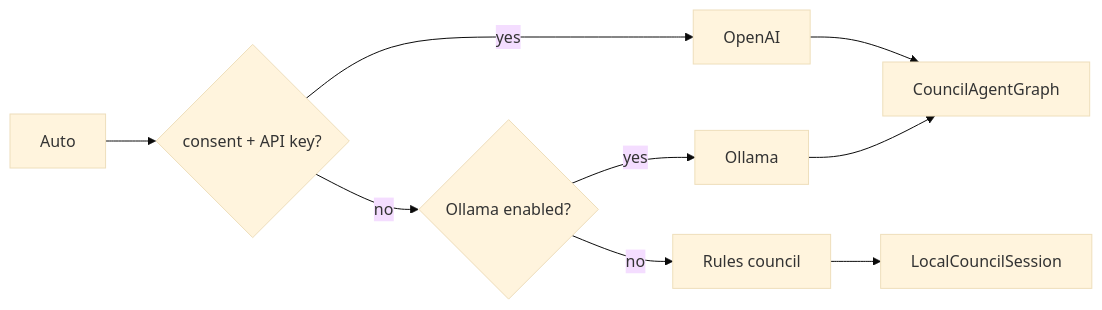
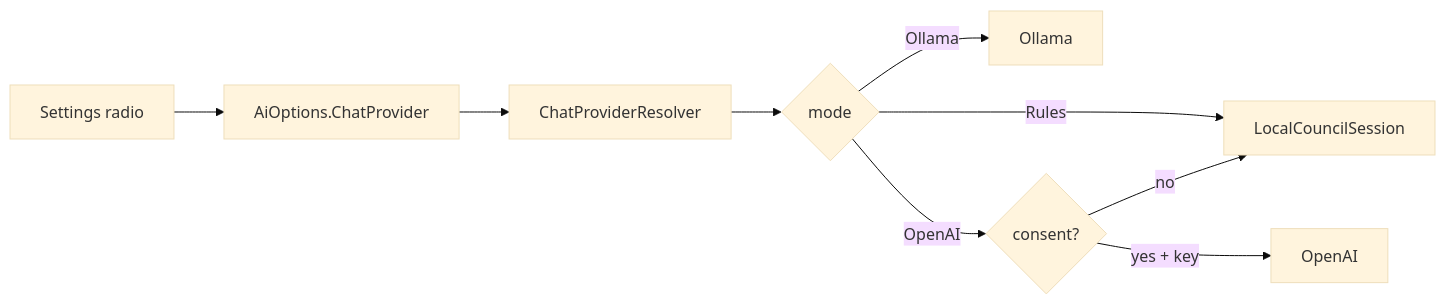
The second of 3 diagrams in docs/AI_ARCHITECTURE.md (Drakonchik1/PatchGuard), drawn with Mermaid (base theme) before and after one commit. The commit also changed other lines of this file and 38 other files, not shown here.

````diff
--- a/docs/AI_ARCHITECTURE.md
+++ b/docs/AI_ARCHITECTURE.md
@@ -73,11 +78,11 @@
 ```mermaid
 flowchart LR
-    AUTO[Auto] --> C{consent + API key?}
-    C -->|yes| OAI[OpenAI]
-    C -->|no| O{Ollama enabled?}
-    O -->|yes| OLL[Ollama]
-    O -->|no| RULES[Rules council]
-    RULES --> LC[LocalCouncilSession]
-    OLL --> GRAPH[CouncilAgentGraph]
-    OAI --> GRAPH
+    SETTINGS[Settings radio] --> OPT[AiOptions.ChatProvider]
+    OPT --> RES[ChatProviderResolver]
+    RES --> C{mode}
+    C -->|Rules| RULES[LocalCouncilSession]
+    C -->|Ollama| OLL[Ollama]
+    C -->|OpenAI| CONSENT{consent?}
+    CONSENT -->|yes + key| OAI[OpenAI]
+    CONSENT -->|no| RULES
 ```
````
